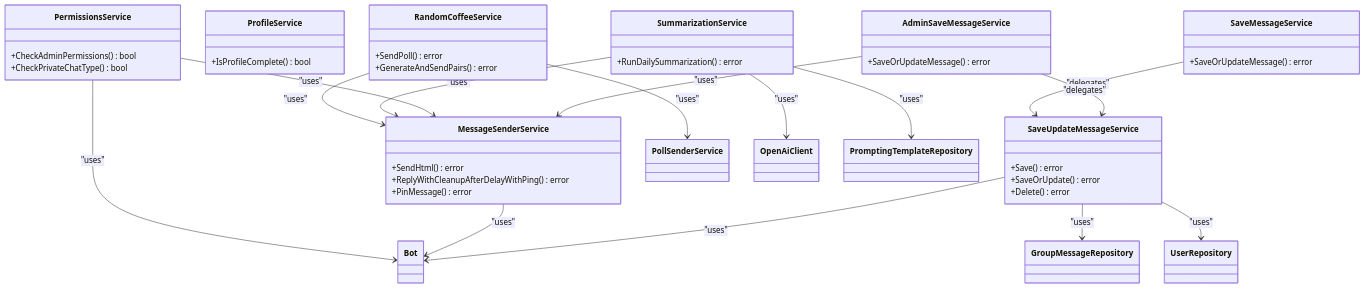
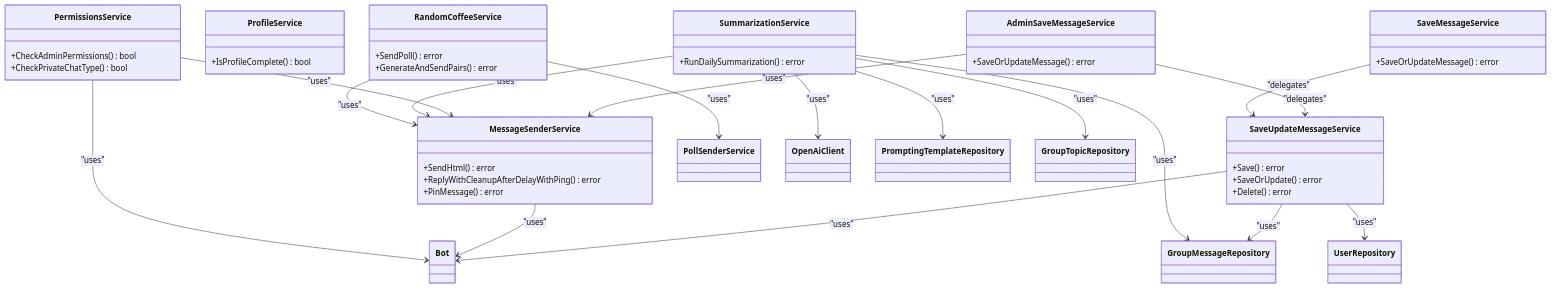
One commit to it-beard/evo-bot-go changed the seventh of 7 diagrams in .qoder/repowiki/en/content/Service Layer/Service Layer.md. Above: the diagram before and after it, drawn with Mermaid. The commit also changed other lines of this file and 14 other files, not shown here.

````diff
--- a/.qoder/repowiki/en/content/Service Layer/Service Layer.md
+++ b/.qoder/repowiki/en/content/Service Layer/Service Layer.md
@@ -285,47 +249,49 @@
 ```mermaid
 classDiagram
 class RandomCoffeeService {
 +SendPoll() error
 +GenerateAndSendPairs() error
 }
 class ProfileService {
 +IsProfileComplete() bool
 }
 class SummarizationService {
 +RunDailySummarization() error
 }
 class PermissionsService {
 +CheckAdminPermissions() bool
 +CheckPrivateChatType() bool
 }
 class MessageSenderService {
 +SendHtml() error
 +ReplyWithCleanupAfterDelayWithPing() error
 +PinMessage() error
 }
 class SaveUpdateMessageService {
 +Save() error
 +SaveOrUpdate() error
 +Delete() error
 }
 class SaveMessageService {
 +SaveOrUpdateMessage() error
 }
 class AdminSaveMessageService {
 +SaveOrUpdateMessage() error
 }
 RandomCoffeeService --> MessageSenderService : "uses"
 RandomCoffeeService --> PollSenderService : "uses"
 SummarizationService --> OpenAiClient : "uses"
 SummarizationService --> MessageSenderService : "uses"
 SummarizationService --> PromptingTemplateRepository : "uses"
+SummarizationService --> GroupTopicRepository : "uses"
+SummarizationService --> GroupMessageRepository : "uses"
 PermissionsService --> MessageSenderService : "uses"
 PermissionsService --> Bot : "uses"
 MessageSenderService --> Bot : "uses"
 SaveUpdateMessageService --> GroupMessageRepository : "uses"
 SaveUpdateMessageService --> UserRepository : "uses"
 SaveUpdateMessageService --> Bot : "uses"
 SaveMessageService --> SaveUpdateMessageService : "delegates"
 AdminSaveMessageService --> SaveUpdateMessageService : "delegates"
 AdminSaveMessageService --> MessageSenderService : "uses"
 ```
````
